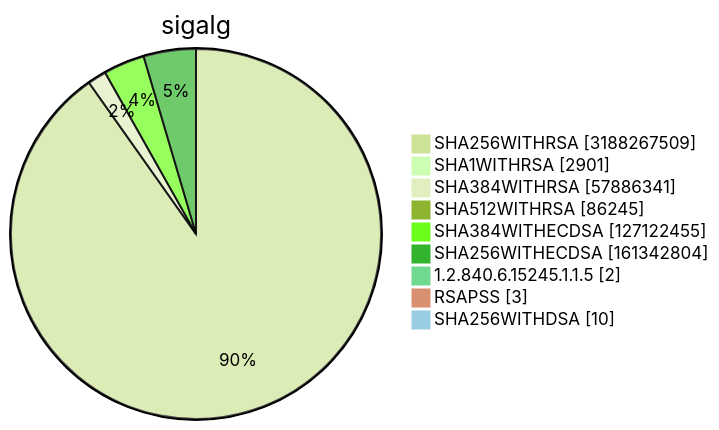
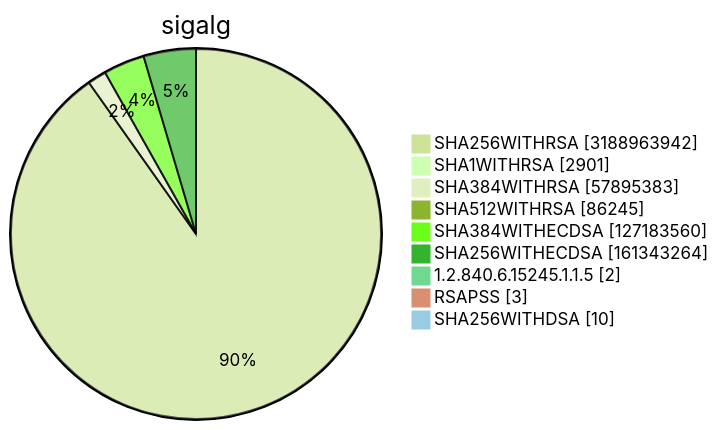
One commit to christiankrug/ctmonitor_visualization changed diagram 15 of 15 in TOTAL/README.md. Above: the diagram before and after it, drawn with Mermaid (forest theme). The commit also changed other lines of this file, not shown here.

````diff
--- a/TOTAL/README.md
+++ b/TOTAL/README.md
@@ -6216,13 +6216,13 @@
 ```mermaid
 pie showData
 title sigalg
-"SHA256WITHRSA" :3188267509
+"SHA256WITHRSA" :3188963942
 "SHA1WITHRSA" :2901
-"SHA384WITHRSA" :57886341
+"SHA384WITHRSA" :57895383
 "SHA512WITHRSA" :86245
-"SHA384WITHECDSA" :127122455
-"SHA256WITHECDSA" :161342804
+"SHA384WITHECDSA" :127183560
+"SHA256WITHECDSA" :161343264
 "1.2.840.6.15245.1.1.5" :2
 "RSAPSS" :3
 "SHA256WITHDSA" :10
 ```
````
